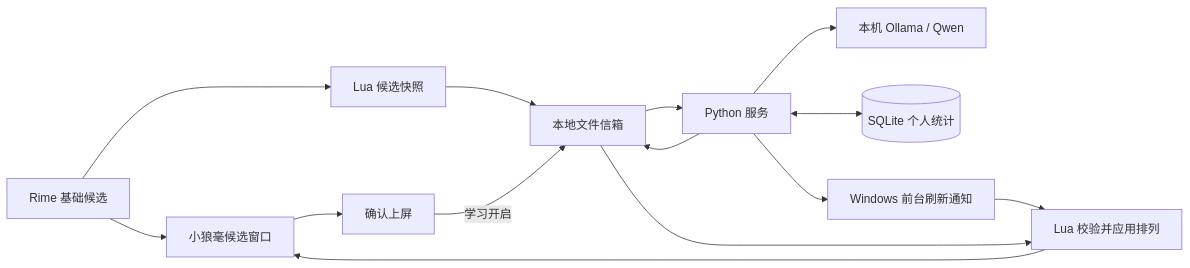
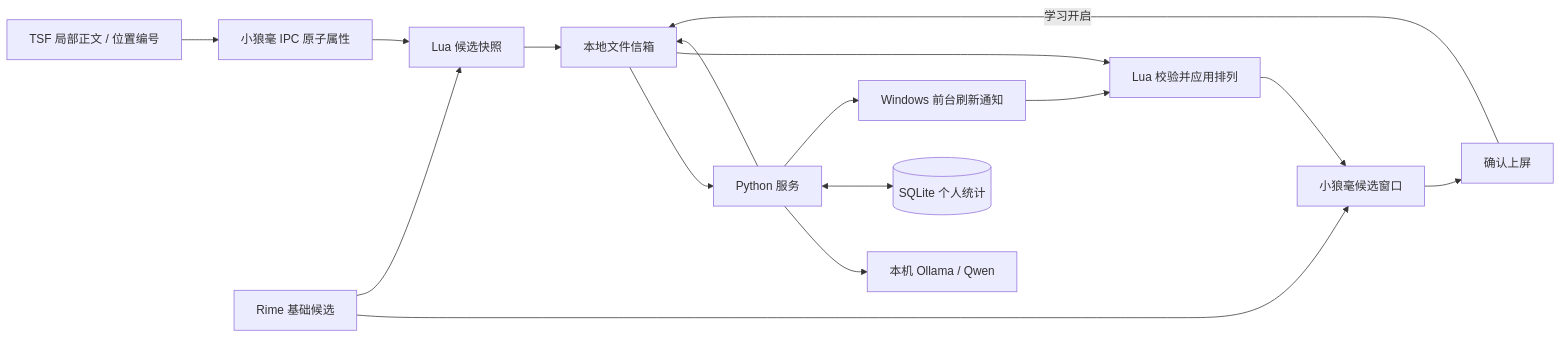
One commit to feli77/smart-im changed the diagram in docs/ARCHITECTURE.md. Above: the diagram before and after it, drawn with Mermaid. The commit also changed other lines of this file and 24 other files, not shown here.

````diff
--- a/docs/ARCHITECTURE.md
+++ b/docs/ARCHITECTURE.md
@@ -5,16 +5,18 @@
 ```mermaid
 flowchart LR
+    TSF[TSF 局部正文 / 位置编号] --> IPC[小狼毫 IPC 原子属性]
+    IPC --> L
     R[Rime 基础候选] --> UI[小狼毫候选窗口]
     R --> L[Lua 候选快照]
     L --> F[本地文件信箱]
     F --> S[Python 服务]
     S --> M[本机 Ollama / Qwen]
     S <--> P[(SQLite 个人统计)]
     S --> F
     S --> N[Windows 前台刷新通知]
     N --> T[Lua 校验并应用排列]
     F --> T
     T --> UI
     UI --> C[确认上屏]
     C -->|学习开启| F
 ```
````
